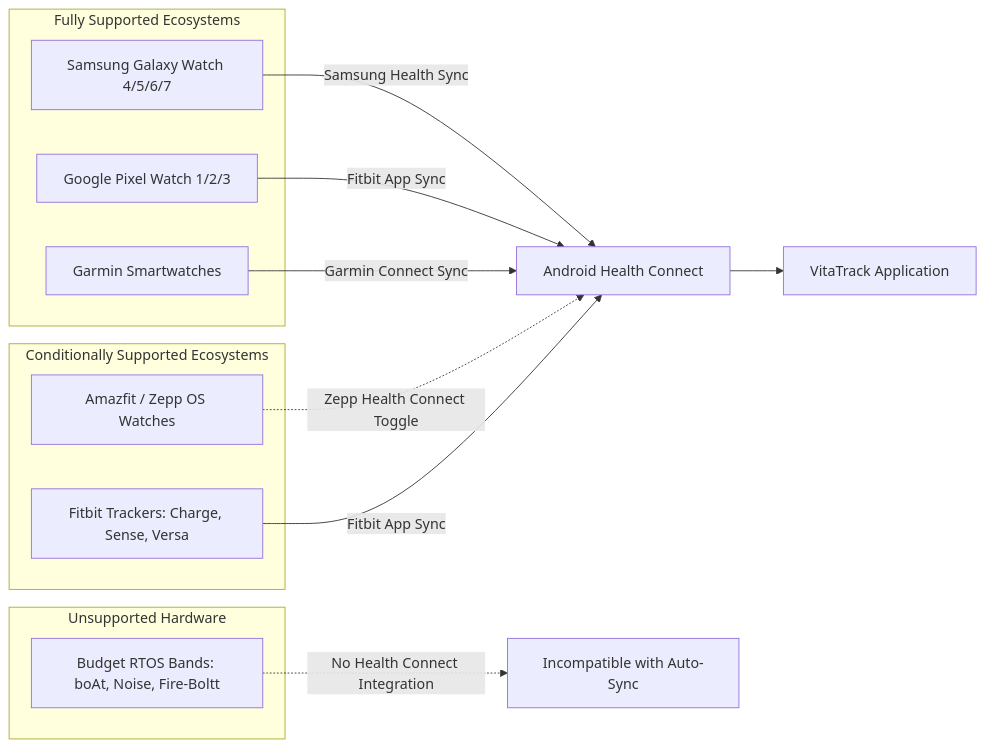
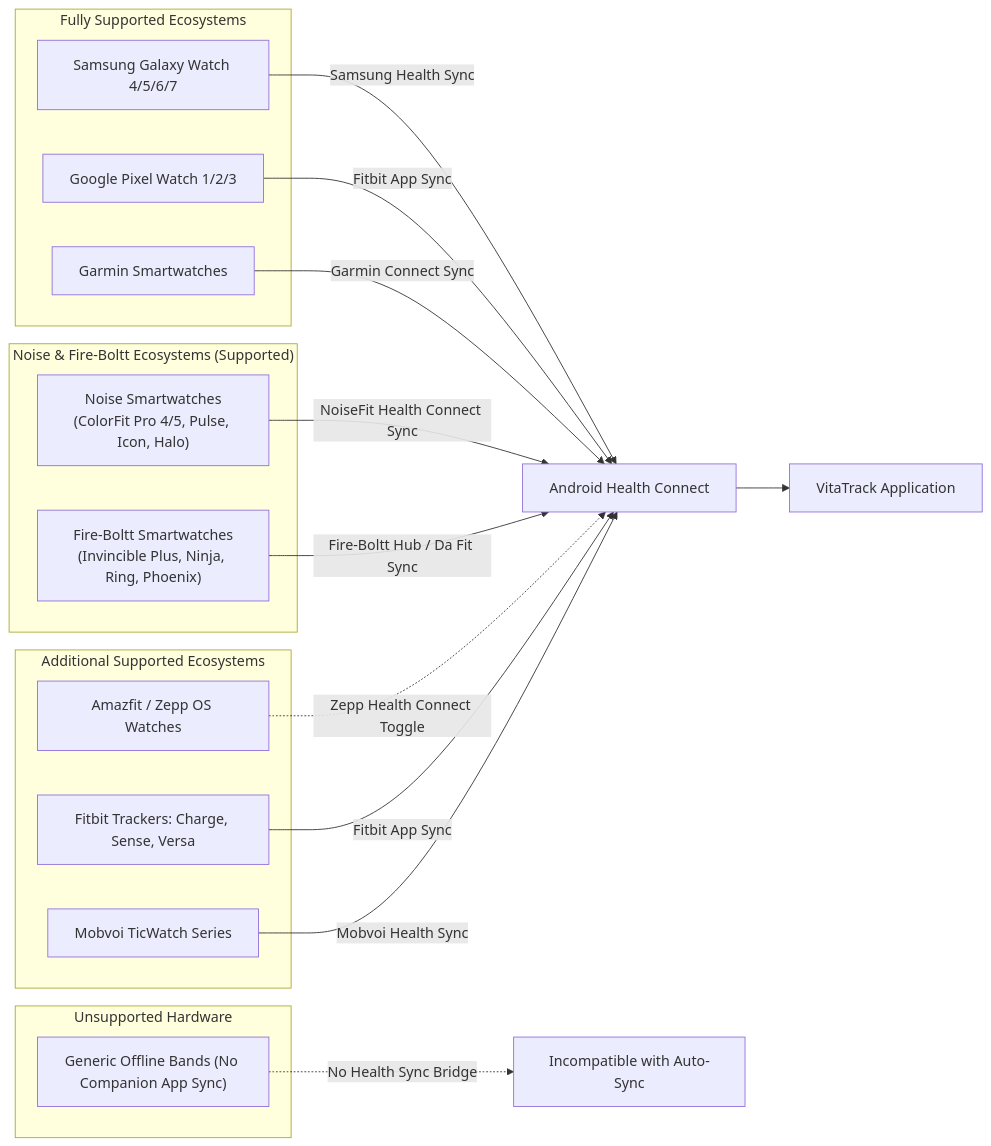
One commit to SatyamKumar-code/VitaTrack-App changed the diagram in docs/DEVICE_COMPATIBILITY.md. Above: the diagram before and after it, drawn with Mermaid. The commit also changed other lines of this file and 8 other files, not shown here.

Commit message:
docs: add comprehensive architecture, deployment, test plan, and feature specifications

````diff
--- a/docs/DEVICE_COMPATIBILITY.md
+++ b/docs/DEVICE_COMPATIBILITY.md
@@ -23,26 +23,35 @@
 ```mermaid
 graph LR
-    subgraph Fully Supported Ecosystems
-        S[Samsung Galaxy Watch 4/5/6/7]
-        P[Google Pixel Watch 1/2/3]
-        G[Garmin Smartwatches]
+    subgraph FullySupported ["Fully Supported Ecosystems"]
+        S["Samsung Galaxy Watch 4/5/6/7"]
+        P["Google Pixel Watch 1/2/3"]
+        G["Garmin Smartwatches"]
     end
 
-    subgraph Conditionally Supported Ecosystems
-        Z[Amazfit / Zepp OS Watches]
-        F[Fitbit Trackers: Charge, Sense, Versa]
+    subgraph PopularBrands ["Noise & Fire-Boltt Ecosystems (Supported)"]
+        N["Noise Smartwatches<br/>(ColorFit Pro 4/5, Pulse, Icon, Halo)"]
+        FB["Fire-Boltt Smartwatches<br/>(Invincible Plus, Ninja, Ring, Phoenix)"]
     end
 
-    subgraph Unsupported Hardware
-        B[Budget RTOS Bands: boAt, Noise, Fire-Boltt]
+    subgraph ConditionallySupported ["Additional Supported Ecosystems"]
+        Z["Amazfit / Zepp OS Watches"]
+        F["Fitbit Trackers: Charge, Sense, Versa"]
+        M["Mobvoi TicWatch Series"]
     end
 
-    S -->|Samsung Health Sync| HC[Android Health Connect]
-    P -->|Fitbit App Sync| HC
-    G -->|Garmin Connect Sync| HC
-    Z -.->|Zepp Health Connect Toggle| HC
-    F -->|Fitbit App Sync| HC
-    B -.->|No Health Connect Integration| FAIL[Incompatible with Auto-Sync]
+    subgraph UnsupportedHardware ["Unsupported Hardware"]
+        GEN["Generic Offline Bands (No Companion App Sync)"]
+    end
 
-    HC --> APP[VitaTrack Application]
+    S -->|"Samsung Health Sync"| HC["Android Health Connect"]
+    P -->|"Fitbit App Sync"| HC
+    G -->|"Garmin Connect Sync"| HC
+    N -->|"NoiseFit Health Connect Sync"| HC
+    FB -->|"Fire-Boltt Hub / Da Fit Sync"| HC
+    Z -.->|"Zepp Health Connect Toggle"| HC
+    F -->|"Fitbit App Sync"| HC
+    M -->|"Mobvoi Health Sync"| HC
+    GEN -.->|"No Health Sync Bridge"| FAIL["Incompatible with Auto-Sync"]
+
+    HC --> APP["VitaTrack Application"]
 ```
````
